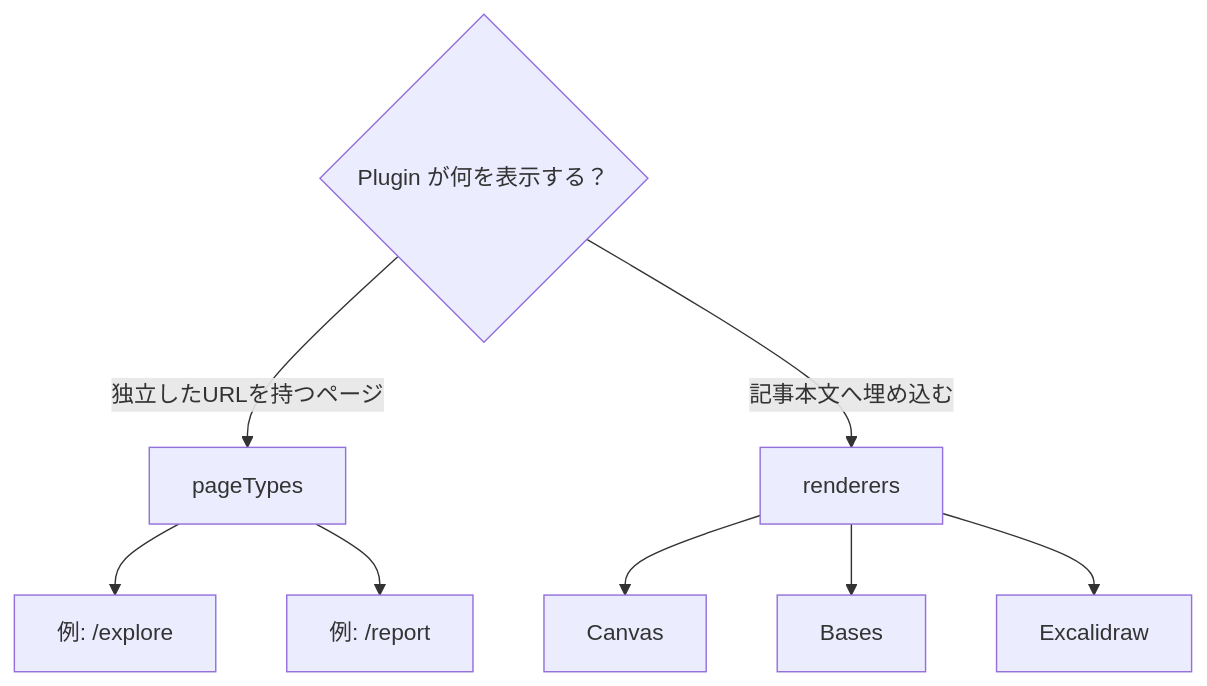
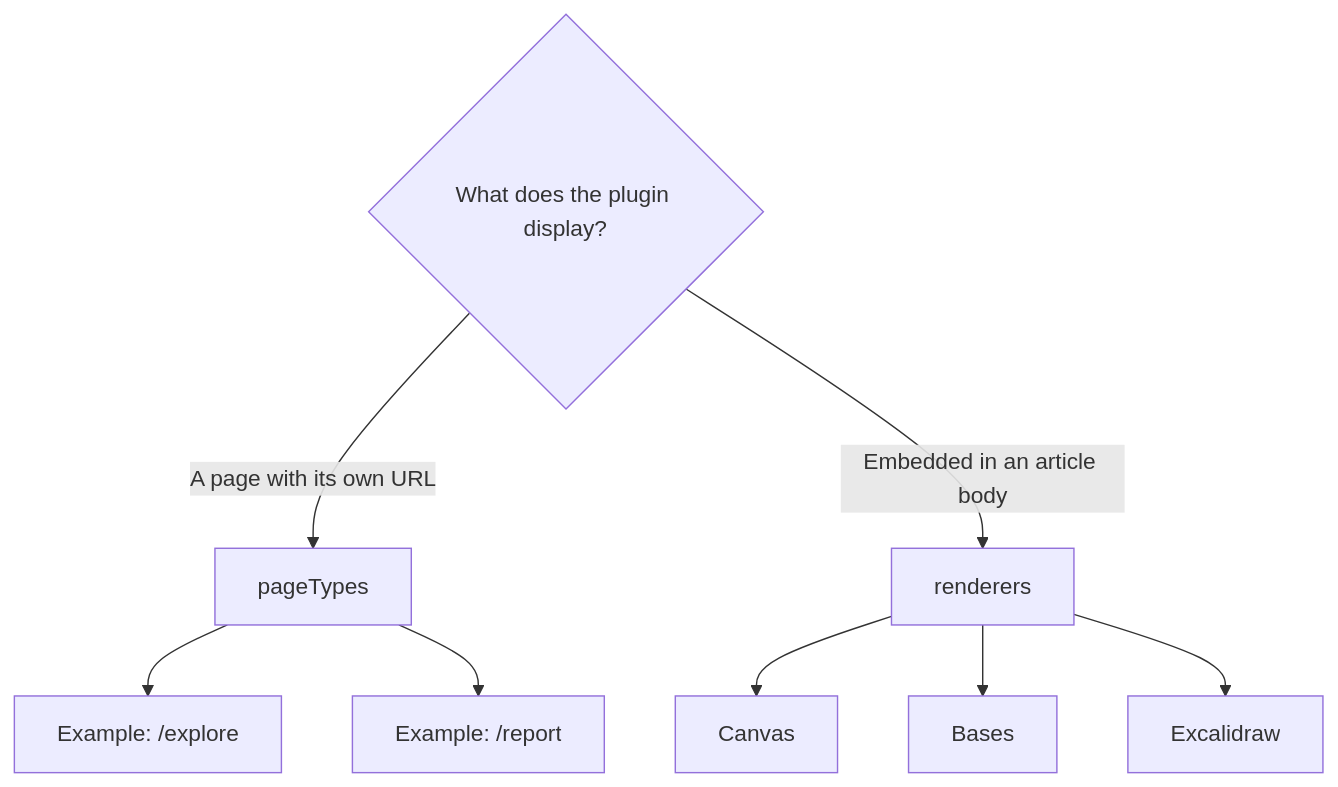
The second of 14 diagrams in docs/docs/framework/page-system.md (Rerurate514/riebeckite), drawn with Mermaid before and after one commit. The commit also changed other lines of this file and 604 other files, not shown here.

````diff
--- a/docs/docs/framework/page-system.md
+++ b/docs/docs/framework/page-system.md
@@ -52,14 +46,14 @@
-```mermaid id="a1h3fe"
+```mermaid
 flowchart TD
-    Q{"Plugin が何を表示する？"}
+    Q{"What does the plugin display?"}
 
-    Q -->|"独立したURLを持つページ"| Page["pageTypes"]
-    Q -->|"記事本文へ埋め込む"| Renderer["renderers"]
+    Q -->|"A page with its own URL"| Page["pageTypes"]
+    Q -->|"Embedded in an article body"| Renderer["renderers"]
 
-    Page --> P1["例: /explore"]
-    Page --> P2["例: /report"]
+    Page --> P1["Example: /explore"]
+    Page --> P2["Example: /report"]
 
     Renderer --> R1["Canvas"]
     Renderer --> R2["Bases"]
     Renderer --> R3["Excalidraw"]
 ```
````
